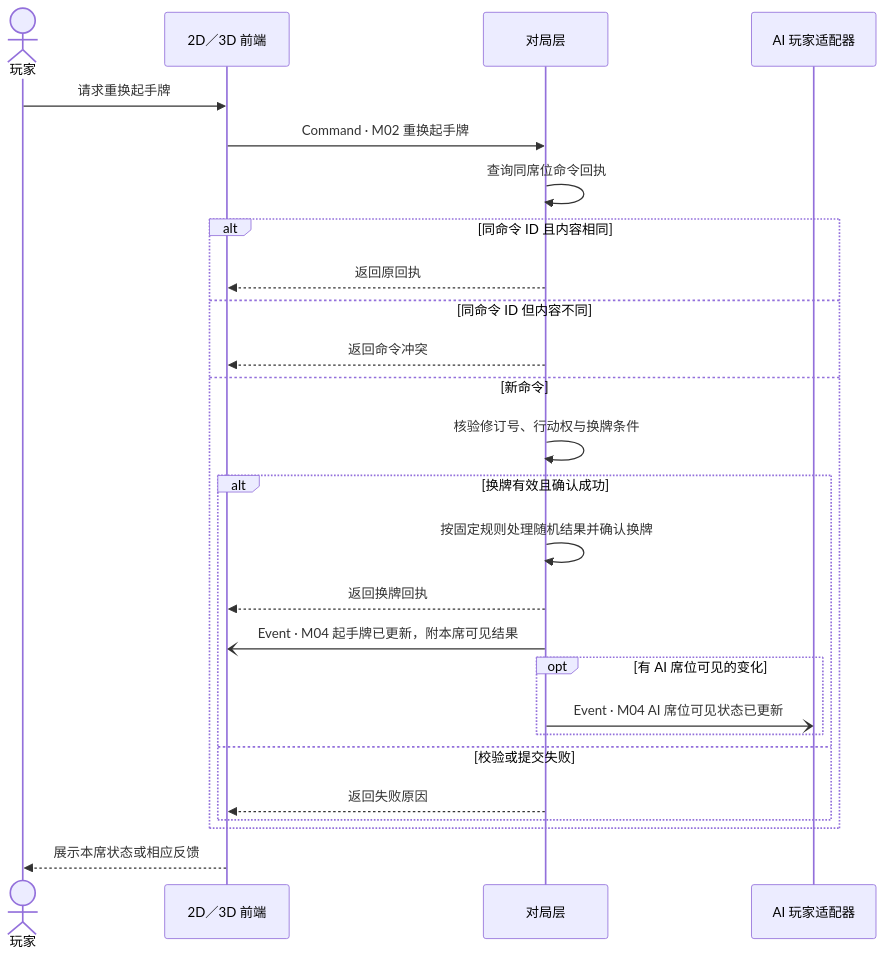
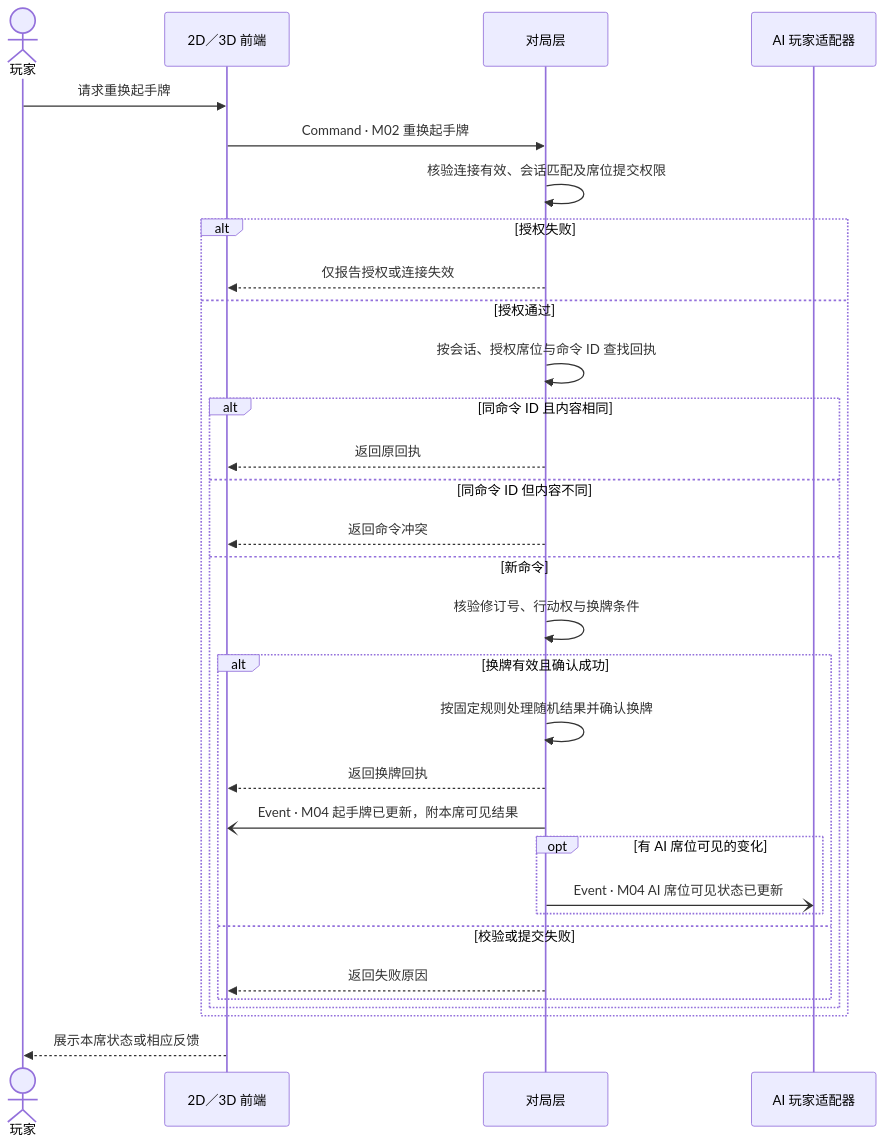
Before and after one commit to jigejiqiangshou/Critical-Provisional: the second of 10 diagrams in specs/001-offline-game-refactor/contracts/scenario-sequences.md, drawn with Mermaid. The commit also changed other lines of this file and 8 other files, not shown here.

````diff
--- a/specs/001-offline-game-refactor/contracts/scenario-sequences.md
+++ b/specs/001-offline-game-refactor/contracts/scenario-sequences.md
@@ -65,29 +65,34 @@
 ```mermaid
 sequenceDiagram
     actor P as 玩家
     participant F as 2D／3D 前端
     participant G as 对局层
     participant A as AI 玩家适配器
 
     P->>F: 请求重换起手牌
     F->>G: Command · M02 重换起手牌
-    G->>G: 查询同席位命令回执
-    alt 同命令 ID 且内容相同
-        G-->>F: 返回原回执
-    else 同命令 ID 但内容不同
-        G-->>F: 返回命令冲突
-    else 新命令
-        G->>G: 核验修订号、行动权与换牌条件
-        alt 换牌有效且确认成功
-            G->>G: 按固定规则处理随机结果并确认换牌
-            G-->>F: 返回换牌回执
-            G-)F: Event · M04 起手牌已更新，附本席可见结果
-            opt 有 AI 席位可见的变化
-                G-)A: Event · M04 AI 席位可见状态已更新
+    G->>G: 核验连接有效、会话匹配及席位提交权限
+    alt 授权失败
+        G-->>F: 仅报告授权或连接失效
+    else 授权通过
+        G->>G: 按会话、授权席位与命令 ID 查找回执
+        alt 同命令 ID 且内容相同
+            G-->>F: 返回原回执
+        else 同命令 ID 但内容不同
+            G-->>F: 返回命令冲突
+        else 新命令
+            G->>G: 核验修订号、行动权与换牌条件
+            alt 换牌有效且确认成功
+                G->>G: 按固定规则处理随机结果并确认换牌
+                G-->>F: 返回换牌回执
+                G-)F: Event · M04 起手牌已更新，附本席可见结果
+                opt 有 AI 席位可见的变化
+                    G-)A: Event · M04 AI 席位可见状态已更新
+                end
+            else 校验或提交失败
+                G-->>F: 返回失败原因
             end
-        else 校验或提交失败
-            G-->>F: 返回失败原因
         end
     end
     F-->>P: 展示本席状态或相应反馈
 ```
````
